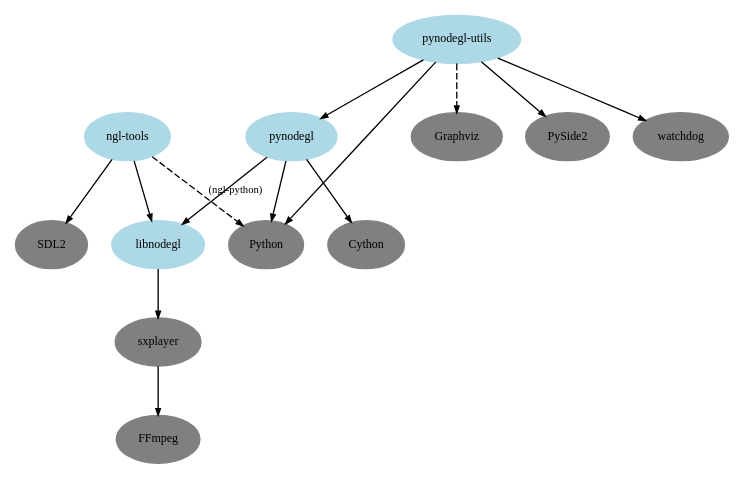
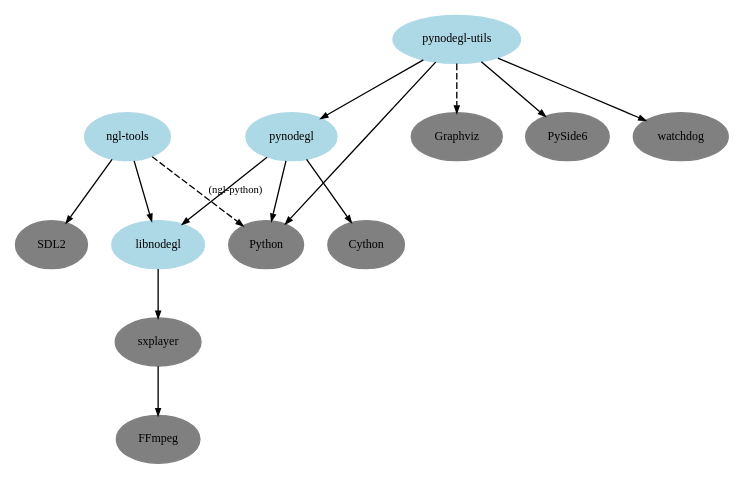
Before and after one commit to NopeForge/nope.gl: the diagram in doc/dev/ref/dependencies.dot, drawn with Graphviz. The commit also changed 19 other files, not shown here.

Commit message:
utils: port to PySide6

```diff
--- a/doc/dev/ref/dependencies.dot
+++ b/doc/dev/ref/dependencies.dot
@@ -1,36 +1,36 @@
 digraph {
     splines=line
 
     node[style=filled,fontsize=9]
     edge[fontsize=8,arrowsize=0.5]
 
     node[color=lightblue]
     libnodegl
     ngl_tools[label="ngl-tools"]
     pynodegl
     pynodegl_utils[label="pynodegl-utils"]
 
     node[color=gray]
     cython[label="Cython"]
     ffmpeg[label="FFmpeg"]
     sdl2[label="SDL2"]
     graphviz[label="Graphviz"]
-    pyside2[label="PySide2"]
+    pyside6[label="PySide6"]
     python[label="Python"]
     sxplayer
     watchdog
 
     sxplayer -> ffmpeg
     libnodegl -> sxplayer
     ngl_tools -> libnodegl
     ngl_tools -> sdl2
     ngl_tools -> python[style=dashed,label="(ngl-python)"]
     pynodegl -> libnodegl
     pynodegl -> python
     pynodegl -> cython
     pynodegl_utils -> python
     pynodegl_utils -> pynodegl
     pynodegl_utils -> graphviz[style=dashed]
-    pynodegl_utils -> pyside2
+    pynodegl_utils -> pyside6
     pynodegl_utils -> watchdog
 }
```
